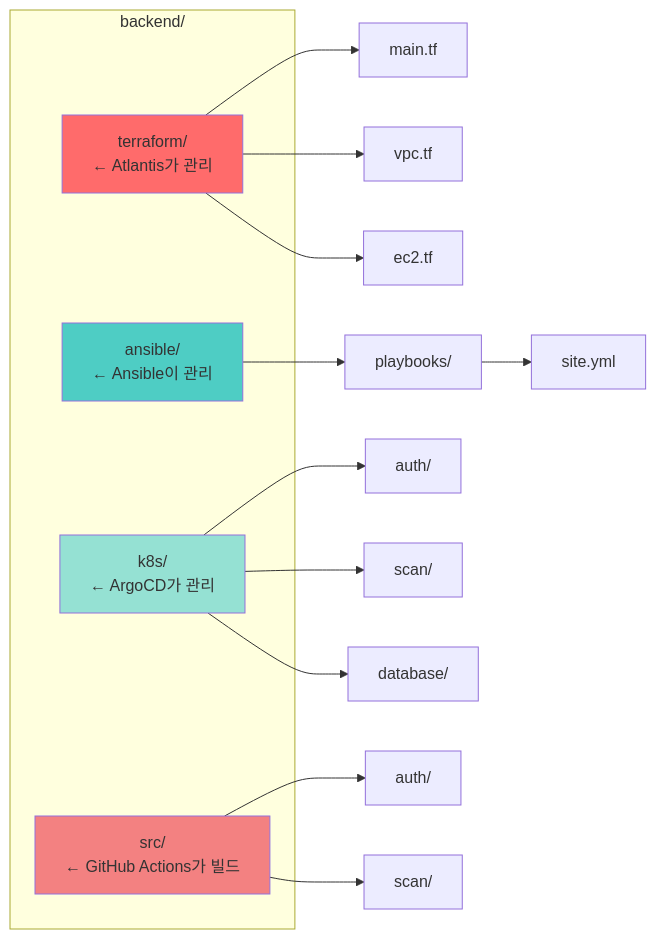
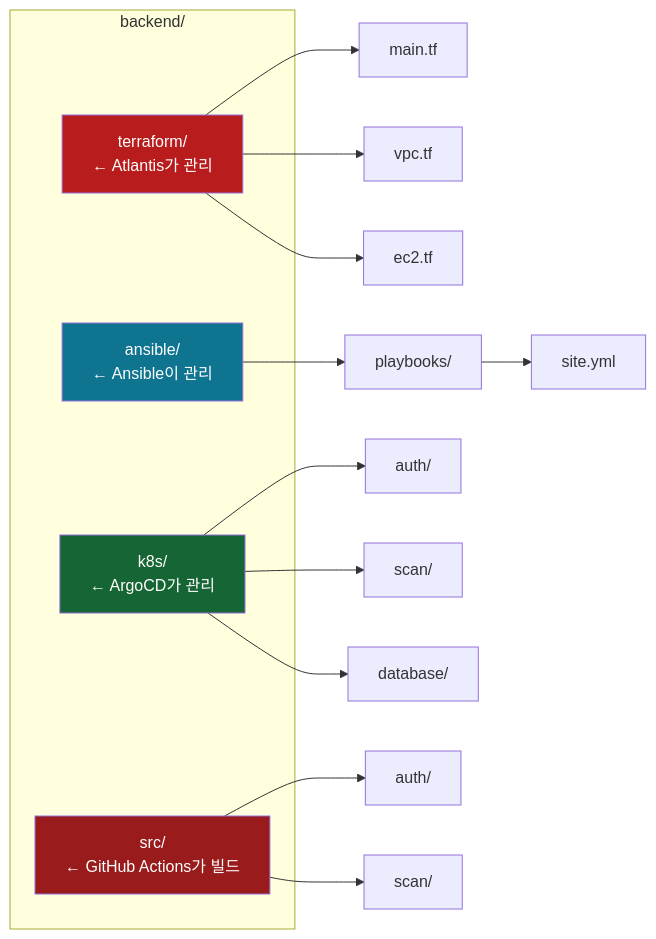
One commit to SeSACTHON/backend changed the fifth of 5 diagrams in README.md. Above: the diagram before and after it, drawn with Mermaid. The commit also changed other lines of this file and 24 other files, not shown here.

````diff
--- a/README.md
+++ b/README.md
@@ -418,28 +418,28 @@
 ```mermaid
 graph LR
     subgraph "backend/"
         T[terraform/<br/>← Atlantis가 관리]
         A[ansible/<br/>← Ansible이 관리]
         K[k8s/<br/>← ArgoCD가 관리]
         S[src/<br/>← GitHub Actions가 빌드]
     end
     
     T --> T1[main.tf]
     T --> T2[vpc.tf]
     T --> T3[ec2.tf]
     
     A --> A1[playbooks/]
     A1 --> A2[site.yml]
     
     K --> K1[auth/]
     K --> K2[scan/]
     K --> K3[database/]
     
     S --> S1[auth/]
     S --> S2[scan/]
     
-    style T fill:#ff6b6b
-    style A fill:#4ecdc4
-    style K fill:#95e1d3
-    style S fill:#f38181
+    style T fill:#b91c1c,color:#fff
+    style A fill:#0e7490,color:#fff
+    style K fill:#166534,color:#fff
+    style S fill:#991b1b,color:#fff
 ```
````
